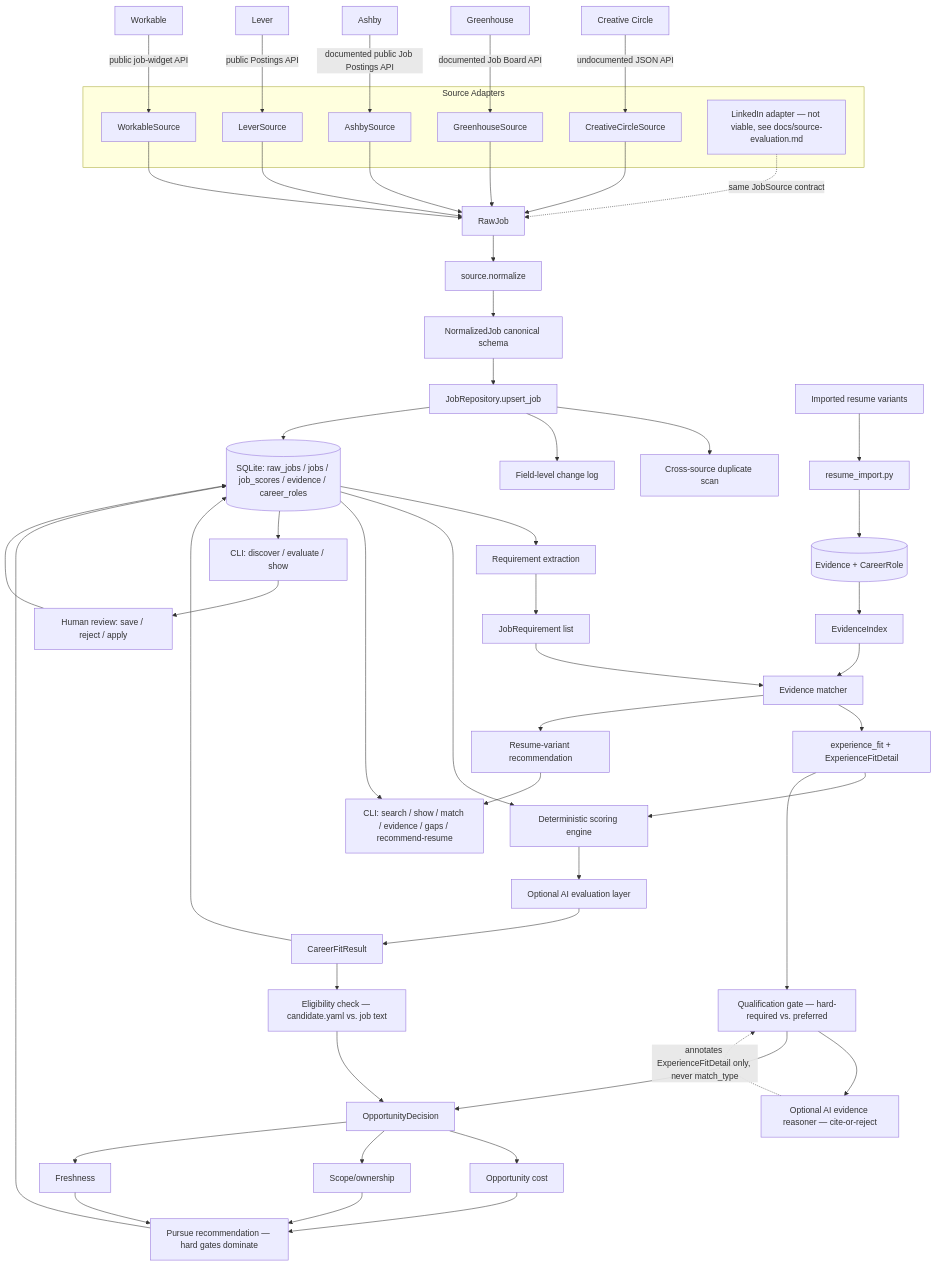
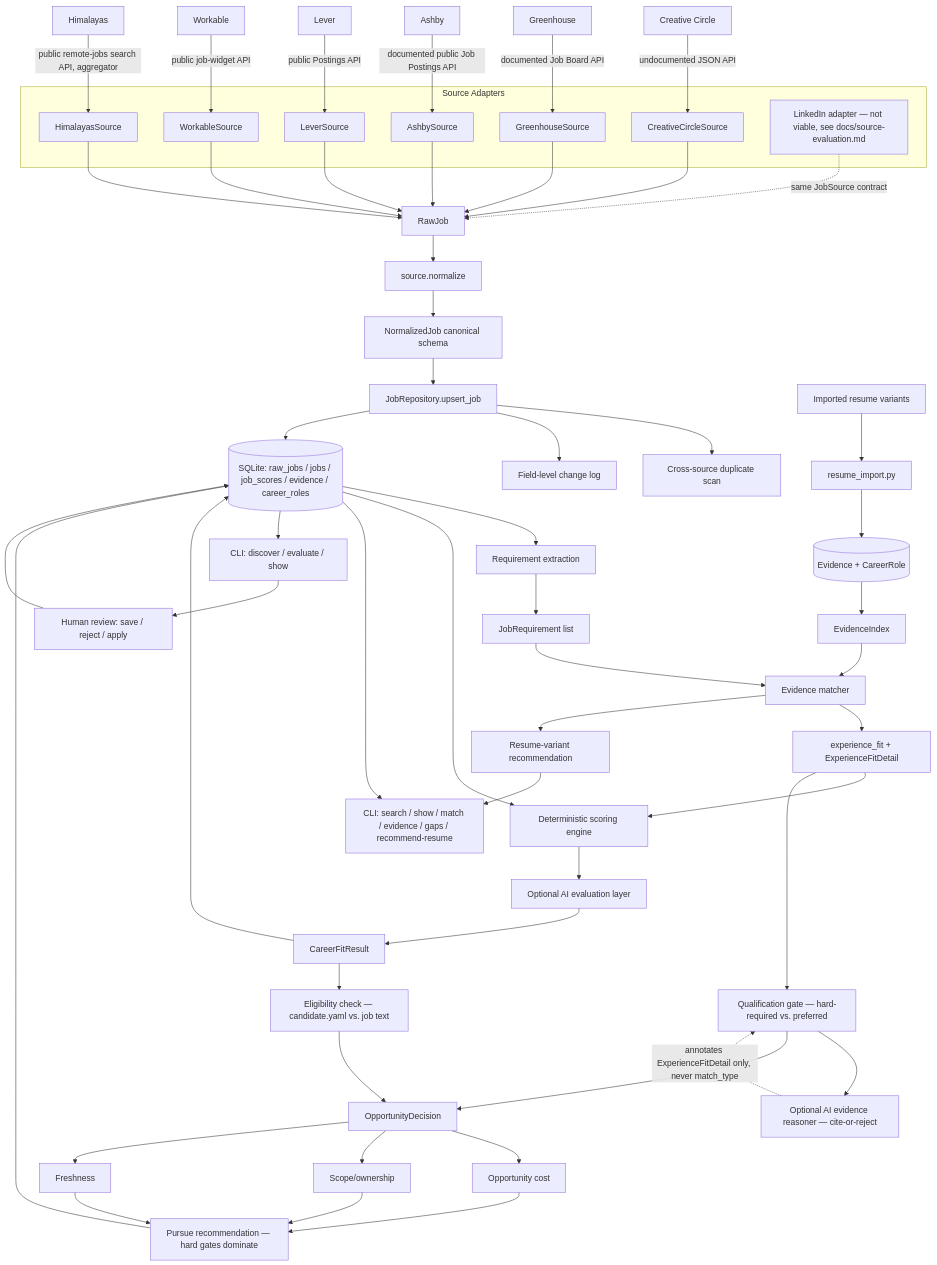
Before and after one commit to blackstalk/careers-os: the diagram in docs/architecture.md, drawn with Mermaid. The commit also changed other lines of this file and 50 other files, not shown here.

````diff
--- a/docs/architecture.md
+++ b/docs/architecture.md
@@ -16,71 +16,74 @@
 ```mermaid
 flowchart TD
     CC[Creative Circle] -->|undocumented JSON API| CCSource[CreativeCircleSource]
     GH[Greenhouse] -->|documented Job Board API| GHSource[GreenhouseSource]
     AS[Ashby] -->|documented public Job Postings API| ASSource[AshbySource]
     LV[Lever] -->|public Postings API| LVSource[LeverSource]
     WK[Workable] -->|public job-widget API| WKSource[WorkableSource]
+    HM[Himalayas] -->|public remote-jobs search API, aggregator| HMSource[HimalayasSource]
 
     subgraph Source Adapters
         CCSource
         GHSource
         ASSource
         LVSource
         WKSource
+        HMSource
         LI[LinkedIn adapter — not viable, see docs/source-evaluation.md]
     end
 
     CCSource --> Raw[RawJob]
     GHSource --> Raw
     ASSource --> Raw
     LVSource --> Raw
     WKSource --> Raw
+    HMSource --> Raw
     LI -. same JobSource contract .-> Raw
 
     Raw --> Norm[source.normalize]
     Norm --> Canon[NormalizedJob canonical schema]
     Canon --> Repo[JobRepository.upsert_job]
     Repo --> Dedup[Cross-source duplicate scan]
     Repo --> Changes[Field-level change log]
     Repo --> DB[(SQLite: raw_jobs / jobs / job_scores / evidence / career_roles)]
 
     DB --> ReqEx[Requirement extraction]
     ReqEx --> Requirements[JobRequirement list]
 
     Resumes[Imported resume variants] --> Importer[resume_import.py]
     Importer --> Evidence[(Evidence + CareerRole)]
     Evidence --> Index[EvidenceIndex]
 
     Requirements --> Matcher[Evidence matcher]
     Index --> Matcher
     Matcher --> ExpFit[experience_fit + ExperienceFitDetail]
 
     DB --> Scorer[Deterministic scoring engine]
     ExpFit --> Scorer
     Scorer --> AI[Optional AI evaluation layer]
     AI --> Result[CareerFitResult]
     Result --> DB
 
     Matcher --> ResumeRec[Resume-variant recommendation]
 
     DB --> CLI[CLI: search / show / match / evidence / gaps / recommend-resume]
     ResumeRec --> CLI
 
     Result --> Eligibility[Eligibility check — candidate.yaml vs. job text]
     ExpFit --> Qualification[Qualification gate — hard-required vs. preferred]
     Qualification --> Reasoner[Optional AI evidence reasoner — cite-or-reject]
     Eligibility --> Decision[OpportunityDecision]
     Qualification --> Decision
     Reasoner -.annotates ExperienceFitDetail only, never match_type.-> Qualification
     Decision --> Cost[Opportunity cost]
     Decision --> Scope[Scope/ownership]
     Decision --> Fresh[Freshness]
     Cost --> Pursue[Pursue recommendation — hard gates dominate]
     Scope --> Pursue
     Fresh --> Pursue
     Pursue --> DB
 
     DB --> CLI2[CLI: discover / evaluate / show]
     CLI2 --> Human[Human review: save / reject / apply]
     Human --> DB
 ```
````
